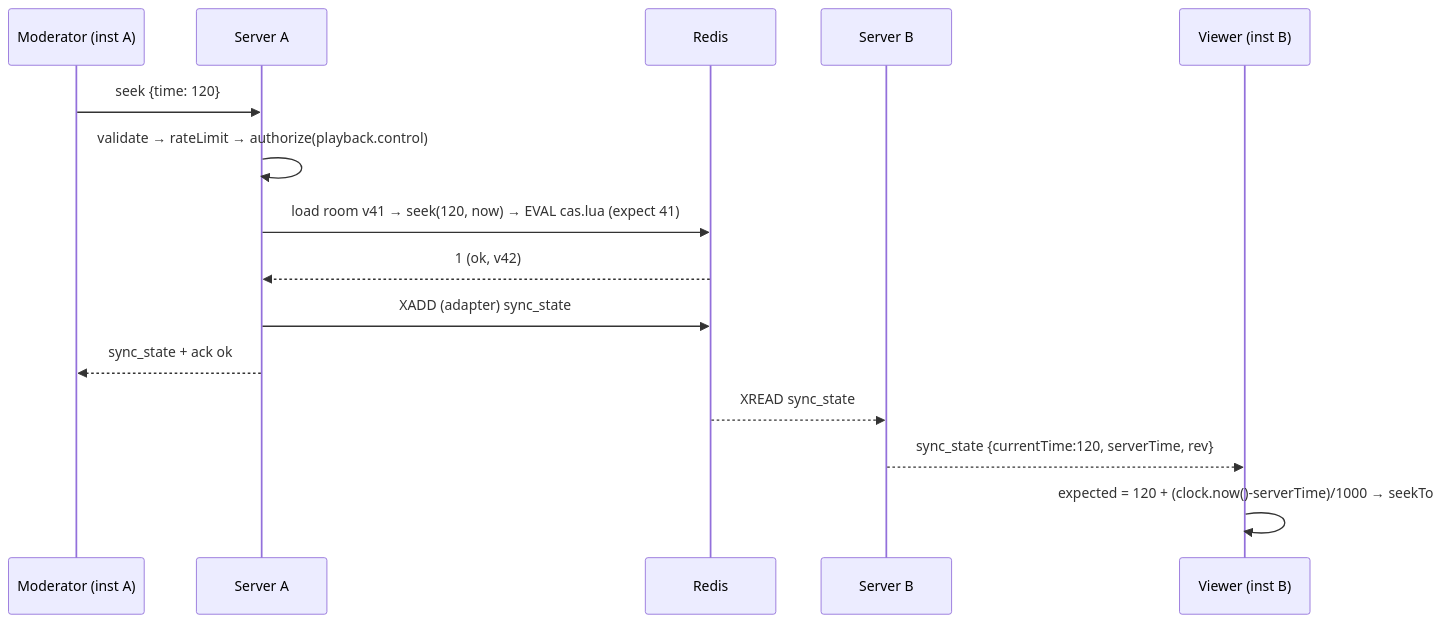
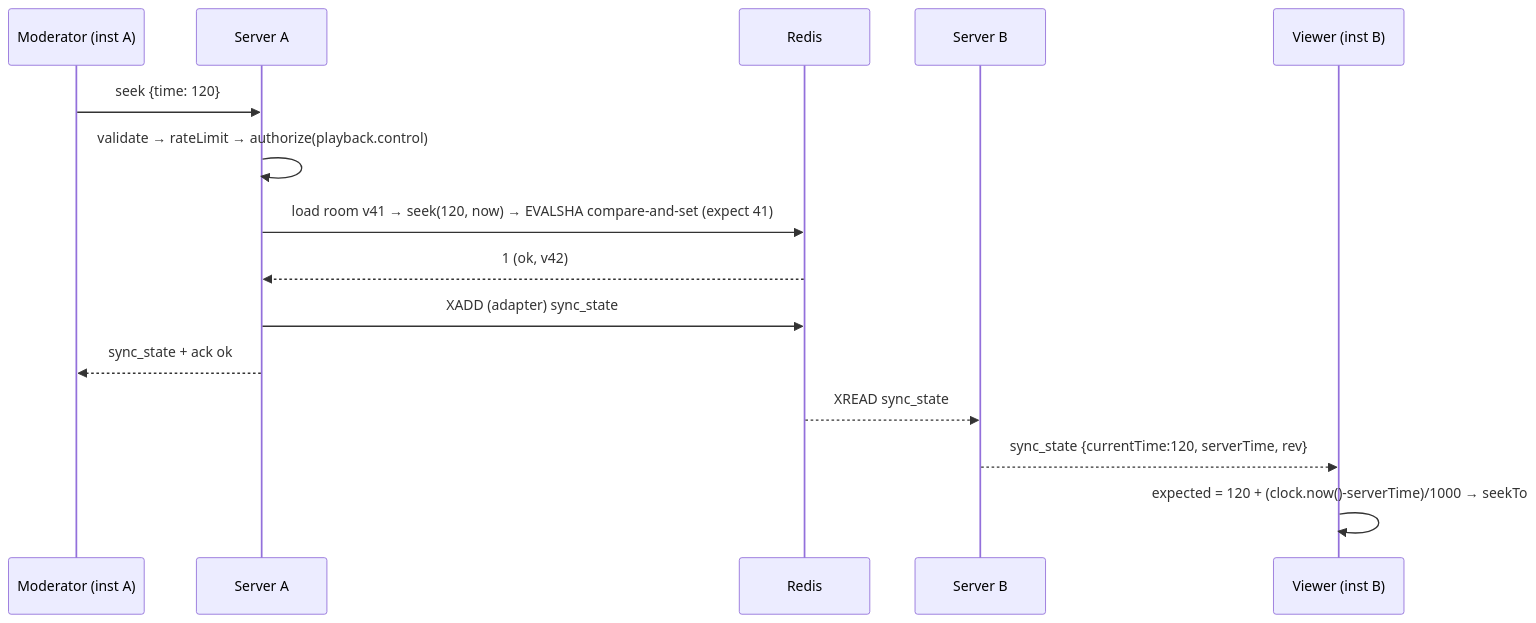
The second of 4 diagrams in LLD.md (carbonFibreCode/yt-watch-party), drawn with Mermaid before and after one commit. The commit also changed other lines of this file and 8 other files, not shown here.

First line of the commit message:
docs: README, architecture overview, code walkthrough, screenshots

````diff
--- a/LLD.md
+++ b/LLD.md
@@ -1306,17 +1308,17 @@
 ```mermaid
 sequenceDiagram
   participant M as Moderator (inst A)
   participant A as Server A
   participant R as Redis
   participant B as Server B
   participant V as Viewer (inst B)
   M->>A: seek {time: 120}
   A->>A: validate → rateLimit → authorize(playback.control)
-  A->>R: load room v41 → seek(120, now) → EVAL cas.lua (expect 41)
+  A->>R: load room v41 → seek(120, now) → EVALSHA compare-and-set (expect 41)
   R-->>A: 1 (ok, v42)
   A->>R: XADD (adapter) sync_state
   A-->>M: sync_state + ack ok
   R-->>B: XREAD sync_state
   B-->>V: sync_state {currentTime:120, serverTime, rev}
   V->>V: expected = 120 + (clock.now()-serverTime)/1000 → seekTo
 ```
````
